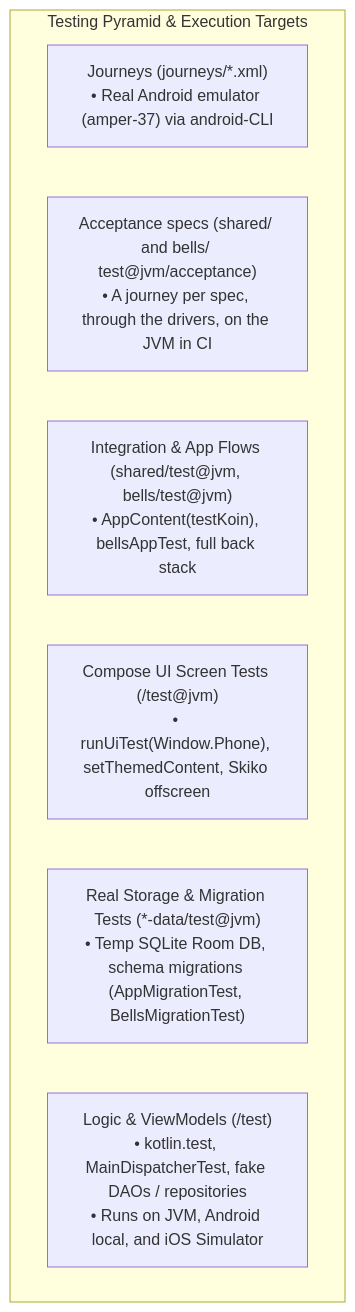
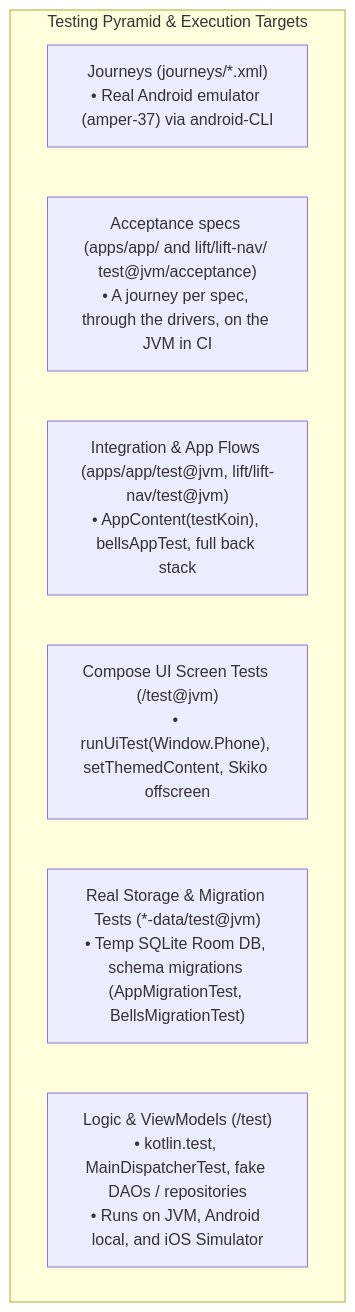
The diagram in docs/testing.md (smithjustinn84-netizen/interval), drawn with Mermaid before and after one commit. The commit also changed other lines of this file and 509 other files, not shown here.

First line of the commit message:
Build: group modules into apps, core, interval, lift and tooling; rename bells-* to lift-*

````diff
--- a/docs/testing.md
+++ b/docs/testing.md
@@ -7,11 +7,11 @@
 ```mermaid
 flowchart TD
     subgraph Pyramid ["Testing Pyramid & Execution Targets"]
         E2E["Journeys (journeys/*.xml)<br/>• Real Android emulator (amper-37) via android-CLI"]
-        Acceptance["Acceptance specs (shared/ and bells/ test@jvm/acceptance)<br/>• A journey per spec, through the drivers, on the JVM in CI"]
-        AppFlows["Integration & App Flows (shared/test@jvm, bells/test@jvm)<br/>• AppContent(testKoin), bellsAppTest, full back stack"]
+        Acceptance["Acceptance specs (apps/app/ and lift/lift-nav/ test@jvm/acceptance)<br/>• A journey per spec, through the drivers, on the JVM in CI"]
+        AppFlows["Integration & App Flows (apps/app/test@jvm, lift/lift-nav/test@jvm)<br/>• AppContent(testKoin), bellsAppTest, full back stack"]
         ScreenUI["Compose UI Screen Tests (<feature>/test@jvm)<br/>• runUiTest(Window.Phone), setThemedContent, Skiko offscreen"]
         Storage["Real Storage & Migration Tests (*-data/test@jvm)<br/>• Temp SQLite Room DB, schema migrations (AppMigrationTest, BellsMigrationTest)"]
         UnitTests["Logic & ViewModels (<module>/test)<br/>• kotlin.test, MainDispatcherTest, fake DAOs / repositories<br/>• Runs on JVM, Android local, and iOS Simulator"]
     end
 ```
````
